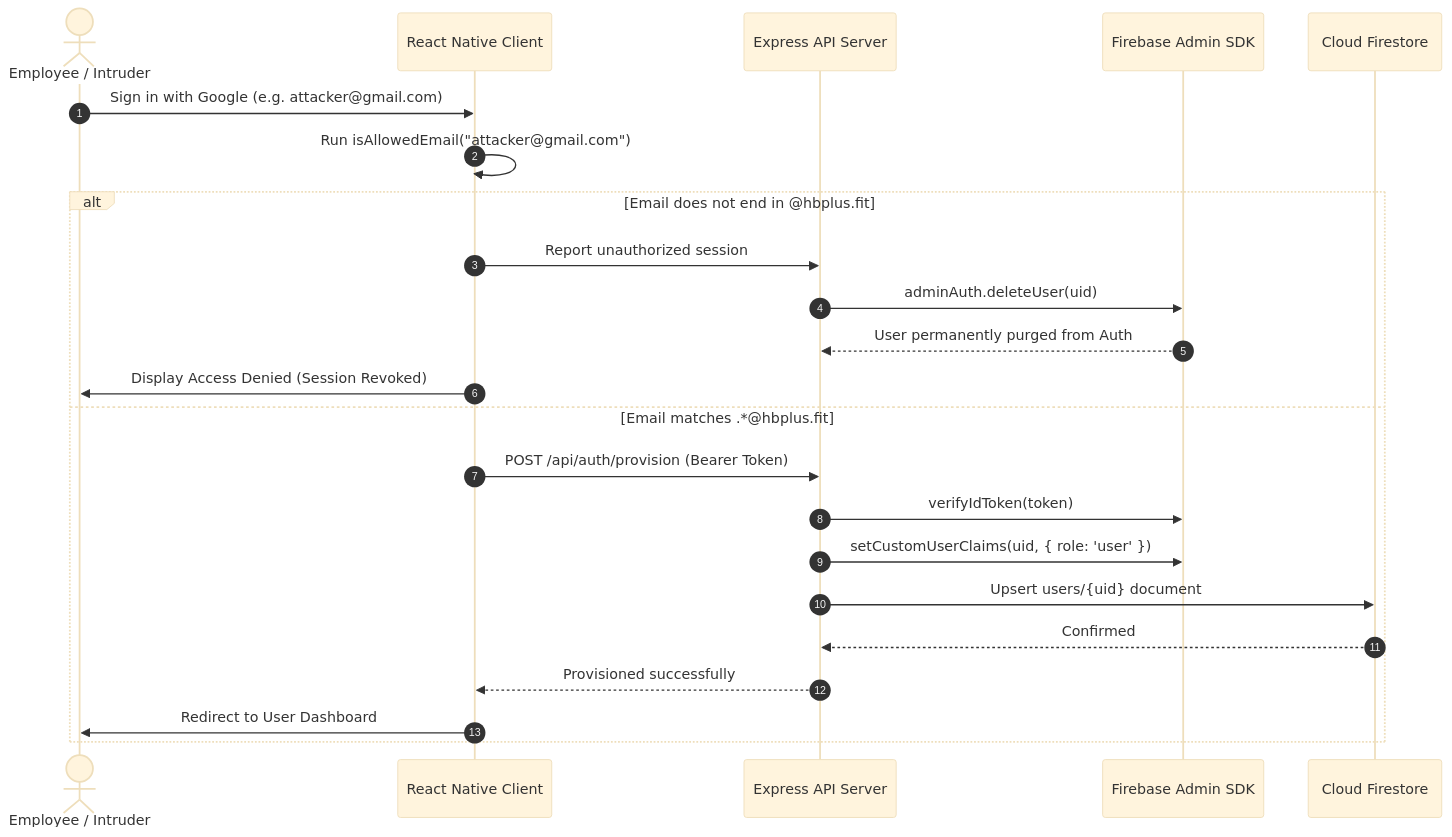
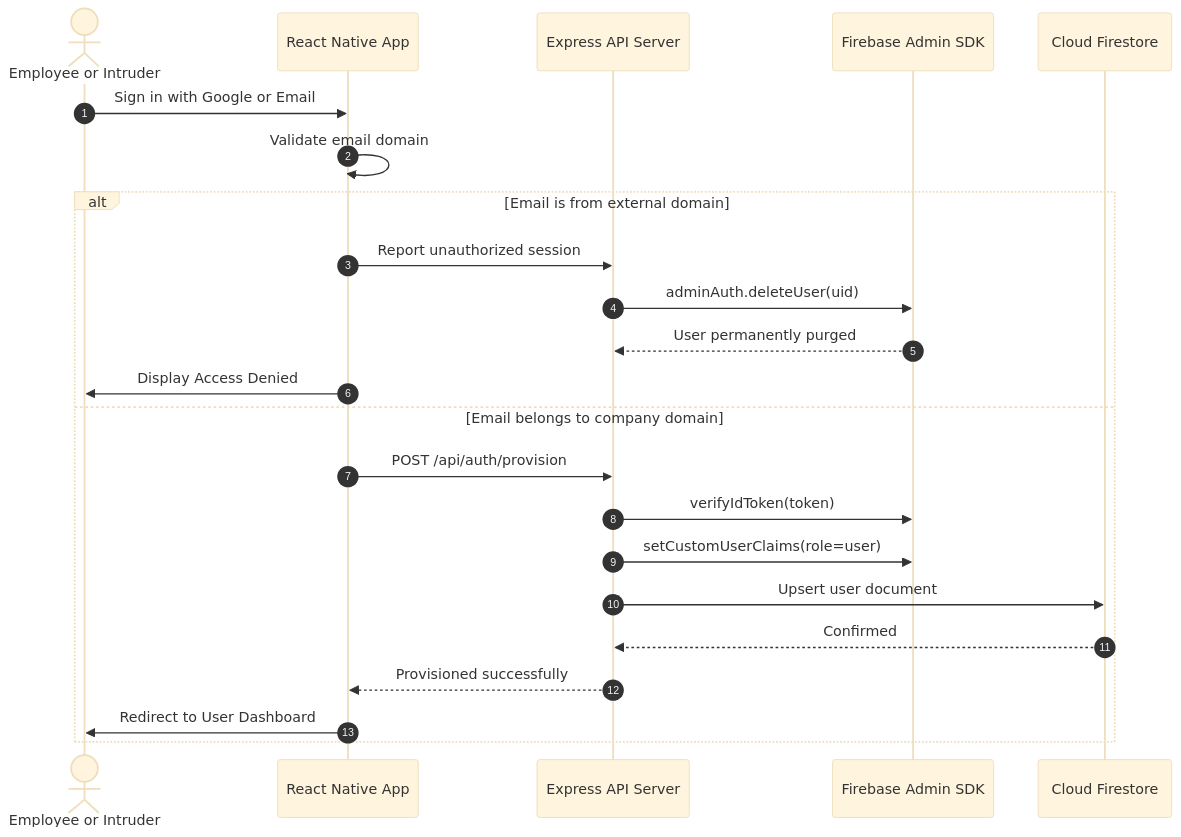
One commit to vishalkhadatare/HBPlus.Assesment changed the second of 2 diagrams in README.md. Above: the diagram before and after it, drawn with Mermaid (base theme). The commit also changed other lines of this file, not shown here.

Commit message:
docs: add universal ASCII architecture maps and sanitize Mermaid diagrams for GitHub rendering

````diff
--- a/README.md
+++ b/README.md
@@ -170,26 +230,26 @@
 ```mermaid
 sequenceDiagram
     autonumber
-    actor User as Employee / Intruder
-    participant Client as React Native Client
+    actor Employee as Employee or Intruder
+    participant Client as React Native App
     participant API as Express API Server
     participant AdminSDK as Firebase Admin SDK
     participant Firestore as Cloud Firestore
 
-    User->>Client: Sign in with Google (e.g. attacker@gmail.com)
-    Client->>Client: Run isAllowedEmail("attacker@gmail.com")
-    alt Email does not end in @hbplus.fit
+    Employee->>Client: Sign in with Google or Email
+    Client->>Client: Validate email domain
+    alt Email is from external domain
         Client->>API: Report unauthorized session
         API->>AdminSDK: adminAuth.deleteUser(uid)
-        AdminSDK-->>API: User permanently purged from Auth
-        Client->>User: Display Access Denied (Session Revoked)
-    else Email matches .*@hbplus.fit
-        Client->>API: POST /api/auth/provision (Bearer Token)
+        AdminSDK-->>API: User permanently purged
+        Client->>Employee: Display Access Denied
+    else Email belongs to company domain
+        Client->>API: POST /api/auth/provision
         API->>AdminSDK: verifyIdToken(token)
-        API->>AdminSDK: setCustomUserClaims(uid, { role: 'user' })
-        API->>Firestore: Upsert users/{uid} document
+        API->>AdminSDK: setCustomUserClaims(role=user)
+        API->>Firestore: Upsert user document
         Firestore-->>API: Confirmed
         API-->>Client: Provisioned successfully
-        Client->>User: Redirect to User Dashboard
+        Client->>Employee: Redirect to User Dashboard
     end
 ```
````
